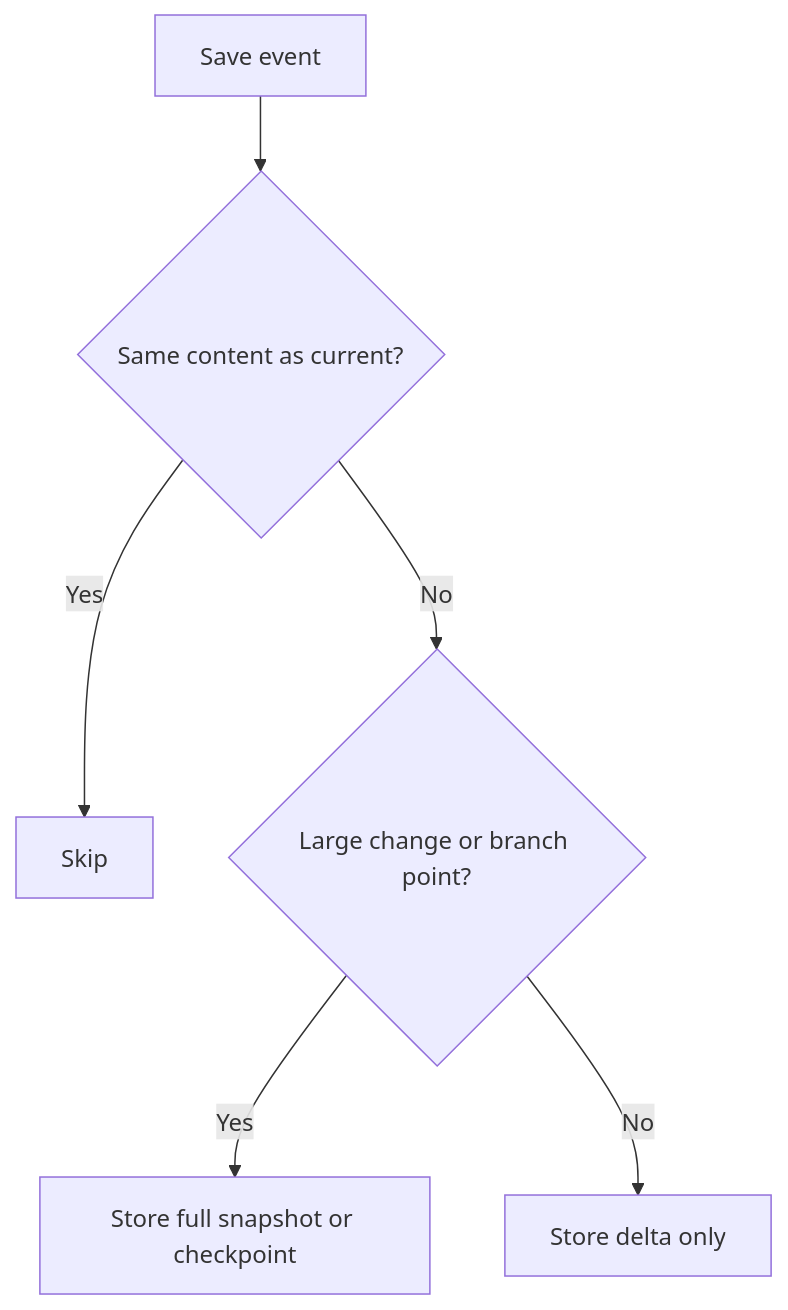
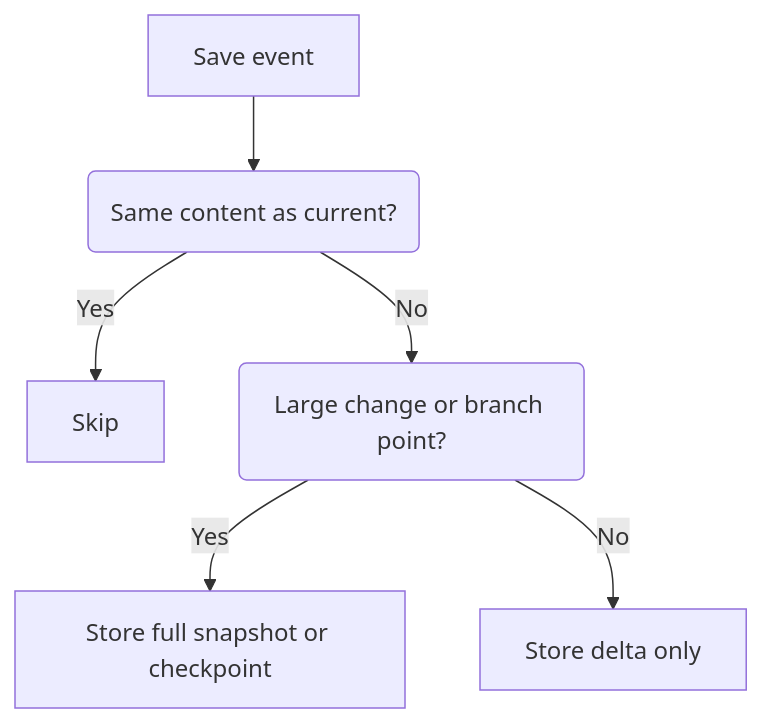
One commit to mmiyaji/vscode-undotree changed the fifth of 5 diagrams in README.md. Above: the diagram before and after it, drawn with Mermaid. The commit also changed other lines of this file and 3 other files, not shown here.

````diff
--- a/README.md
+++ b/README.md
@@ -278,8 +309,8 @@
 ```mermaid
 flowchart TD
-  save["Save event"] --> same{"Same content as current?"}
+  save["Save event"] --> same("Same content as current?")
   same -->|Yes| skip["Skip"]
-  same -->|No| ratio{"Large change or branch point?"}
+  same -->|No| ratio("Large change or branch point?")
   ratio -->|Yes| full["Store full snapshot or checkpoint"]
   ratio -->|No| delta["Store delta only"]
 ```
````
